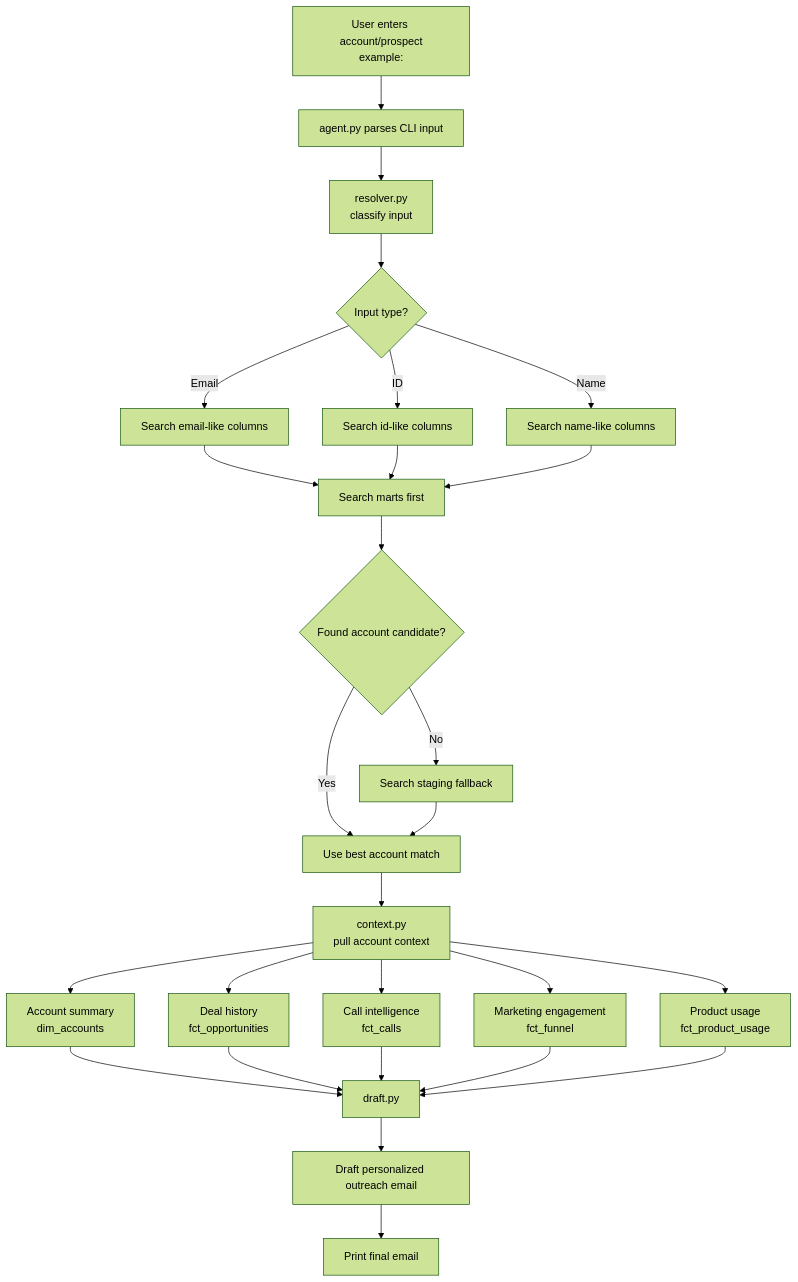
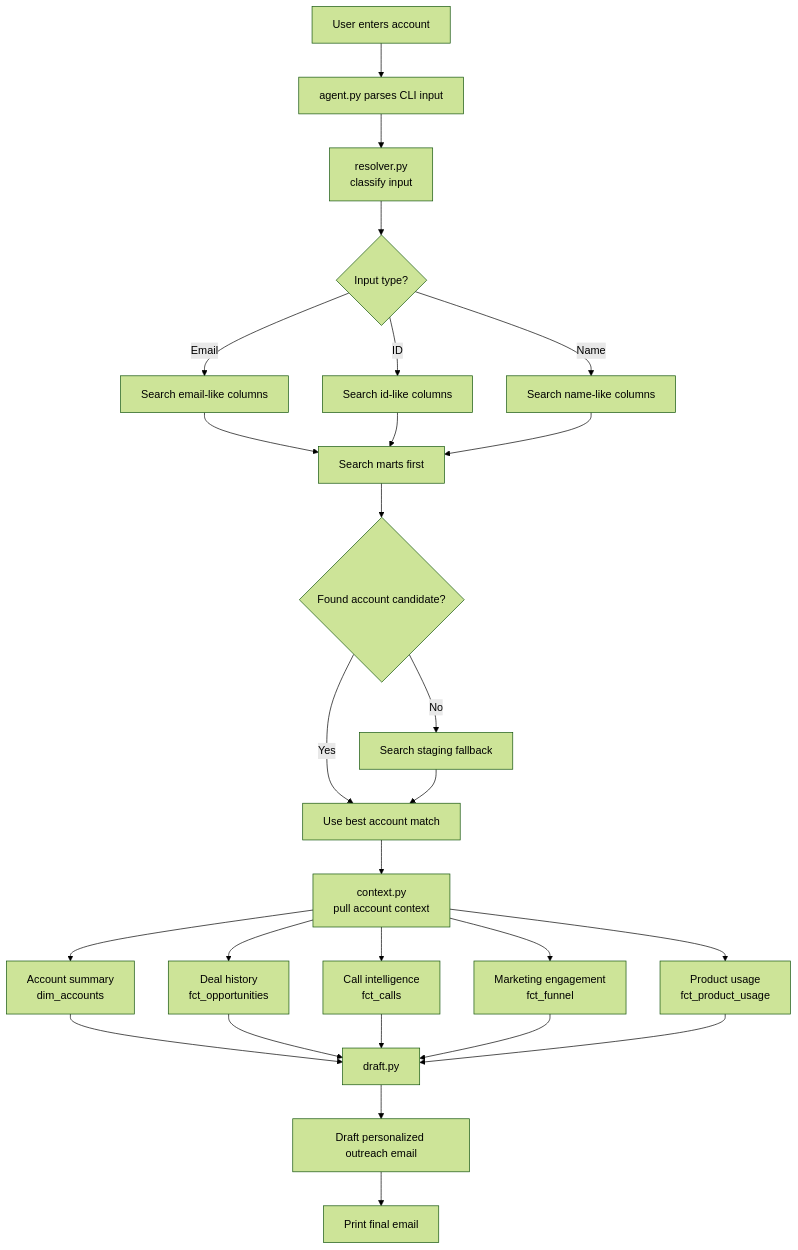
Before and after one commit to BeyondAiden0/mini-gtm-data-platform: the diagram in README.md, drawn with Mermaid (forest theme).

````diff
--- a/README.md
+++ b/README.md
@@ -40,38 +40,38 @@
 ```mermaid
 flowchart TD
-    A[User enters account/prospect<br/>example:] --> B[agent.py parses CLI input]
+    A[User enters account<br/>] --> B[agent.py parses CLI input]
 
     B --> C[resolver.py<br/>classify input]
     C --> D{Input type?}
 
     D -->|Email| E[Search email-like columns]
     D -->|ID| F[Search id-like columns]
     D -->|Name| G[Search name-like columns]
 
     E --> H[Search marts first]
     F --> H
     G --> H
 
     H --> I{Found account candidate?}
     I -->|Yes| K[Use best account match]
     I -->|No| J[Search staging fallback]
 
     J --> K
 
     K --> L[context.py<br/>pull account context]
 
     L --> M[Account summary<br/>dim_accounts]
     L --> N[Deal history<br/>fct_opportunities]
     L --> O[Call intelligence<br/>fct_calls]
     L --> P[Marketing engagement<br/>fct_funnel]
     L --> Q[Product usage<br/>fct_product_usage]
 
     M --> R[draft.py]
     N --> R
     O --> R
     P --> R
     Q --> R
 
     R --> S[Draft personalized outreach email]
     S --> T[Print final email]
 ```
````
